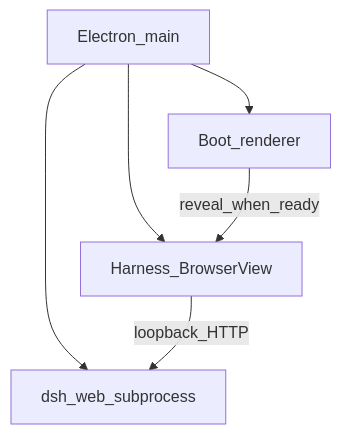
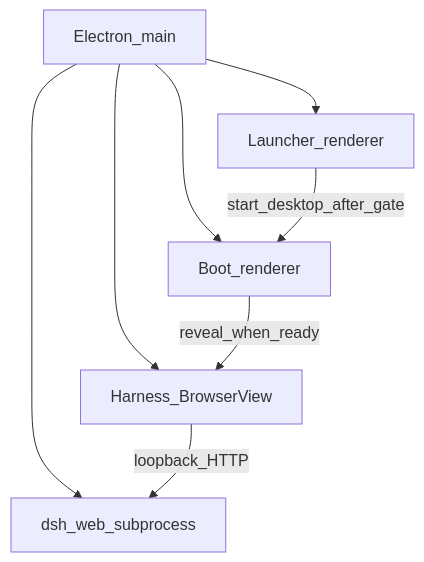
The diagram in docs/handbook/blueprint.md (20190441309/Deepseek-Harness-Desktop), drawn with Mermaid before and after one commit. The commit also changed other lines of this file and 986 other files, not shown here.

First line of the commit message:
feature(desktop-launcher): cold-start launcher, home import, and usage stats

````diff
--- a/docs/handbook/blueprint.md
+++ b/docs/handbook/blueprint.md
@@ -7,12 +7,15 @@
 ```mermaid
 flowchart TB
   main[Electron_main]
+  launcher[Launcher_renderer]
   boot[Boot_renderer]
   bv[Harness_BrowserView]
   dsh[dsh_web_subprocess]
+  main --> launcher
   main --> boot
   main --> dsh
   main --> bv
   bv -->|loopback_HTTP| dsh
+  launcher -->|start_desktop_after_gate| boot
   boot -->|reveal_when_ready| bv
 ```
````
